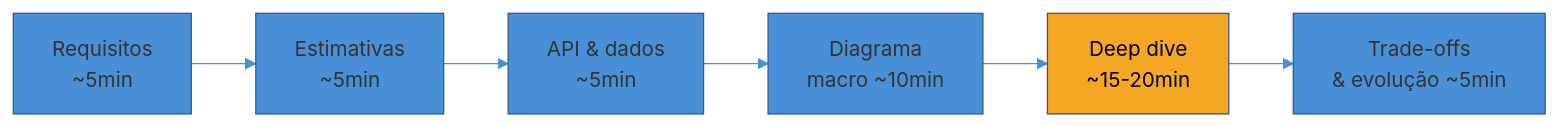
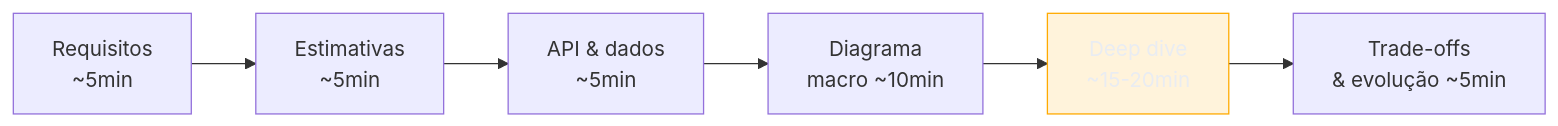
One commit to josenaldo/codex-technomanticus changed the diagram in 03-Dominios/Engenharia/Arquitetura/System Design/Conduzindo a entrevista completa.md. Above: the diagram before and after it, drawn with Mermaid. The commit also changed 1181 other files, not shown here.

First line of the commit message:
fix(diagramas): paleta do sistema no lugar de cor cravada no markdown

````diff
--- a/03-Dominios/Engenharia/Arquitetura/System Design/Conduzindo a entrevista completa.md
+++ b/03-Dominios/Engenharia/Arquitetura/System Design/Conduzindo a entrevista completa.md
@@ -31,10 +31,10 @@
 ```mermaid
-%%{init: {"theme": "base", "themeVariables": {"primaryColor": "#4A90D9", "primaryBorderColor": "#2E5C8A", "lineColor": "#4A90D9"}}}%%
 graph LR
+    classDef destaque fill:#FFAA0024,stroke:#FFAA00,color:#E9ECF2
     R["Requisitos<br/>~5min"] --> E["Estimativas<br/>~5min"]
     E --> A["API & dados<br/>~5min"]
     A --> D["Diagrama<br/>macro ~10min"]
     D --> DD["Deep dive<br/>~15-20min"]
     DD --> T["Trade-offs<br/>& evolução ~5min"]
-    style DD fill:#F5A623,stroke:#2E5C8A,color:#000
+    class DD destaque
 ```
````
